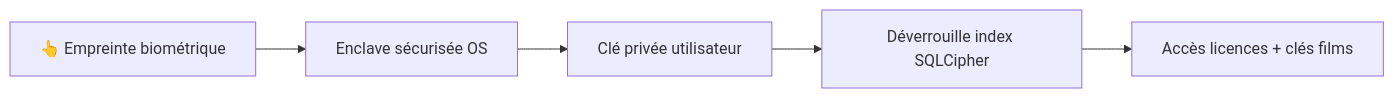
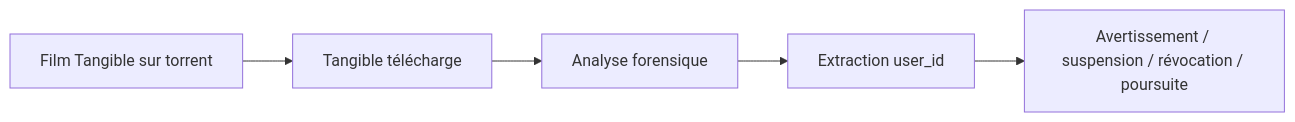
Before and after one commit to Pixnop/tangible: the fourth of 5 diagrams in content/06 - Technique/Sécurité.md, drawn with Mermaid. The commit also changed other lines of this file and 5 other files, not shown here.

````diff
--- a/content/06 - Technique/Sécurité.md
+++ b/content/06 - Technique/Sécurité.md
@@ -54,7 +300,7 @@
 ```mermaid
 graph LR
-    A[👆 Empreinte biométrique] --> B[Enclave sécurisée OS]
-    B --> C[Clé privée utilisateur]
-    C --> D[Déverrouille index SQLCipher]
-    D --> E[Accès licences + clés films]
+    A[Film Tangible sur torrent] --> B[Tangible télécharge]
+    B --> C[Analyse forensique]
+    C --> D[Extraction user_id]
+    D --> E[Avertissement / suspension / révocation / poursuite]
 ```
````
